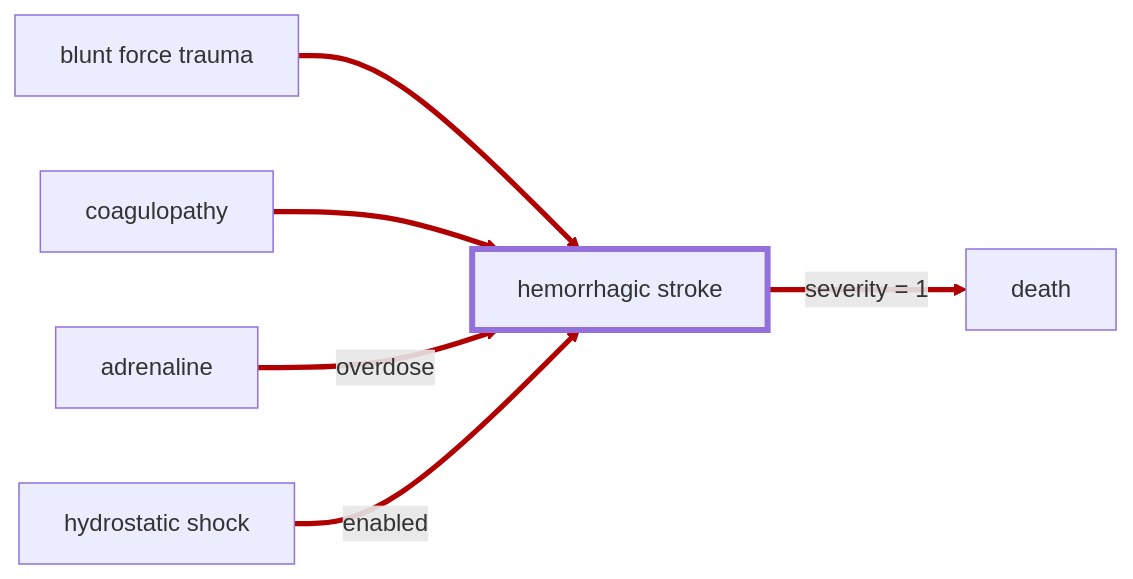
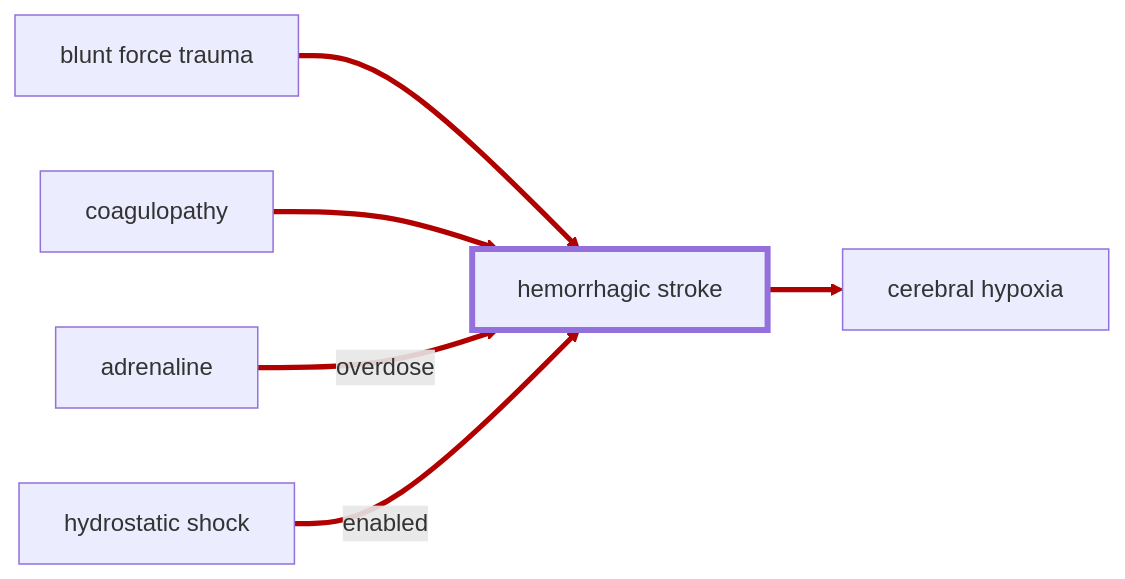
One commit to frederik-hoeft/rimworld-more-injuries changed the diagram in docs/wiki/injuries/hemorrhagic-stroke.md. Above: the diagram before and after it, drawn with Mermaid. The commit also changed other lines of this file and 9 other files, not shown here.

````diff
--- a/docs/wiki/injuries/hemorrhagic-stroke.md
+++ b/docs/wiki/injuries/hemorrhagic-stroke.md
@@ -15,16 +15,16 @@
 ```mermaid
 ---
 config:
   flowchart:
     htmlLabels: true
 ---
 flowchart LR
   external_factors[blunt force trauma] ==> hemorrhagic_stroke[hemorrhagic stroke]
   coagulopathy[coagulopathy] ==> hemorrhagic_stroke
   adrenaline[adrenaline] ==> | overdose | hemorrhagic_stroke
-  hemorrhagic_stroke ==> | severity = 1 | death[death]
+  hemorrhagic_stroke ==> hypoxia[cerebral hypoxia]
   hydrostatic_shock[hydrostatic shock] ==> | enabled | hemorrhagic_stroke
 
   linkStyle 0,1,2,3,4 stroke: #b10000
   style hemorrhagic_stroke stroke-width: 4px
 ```
````
